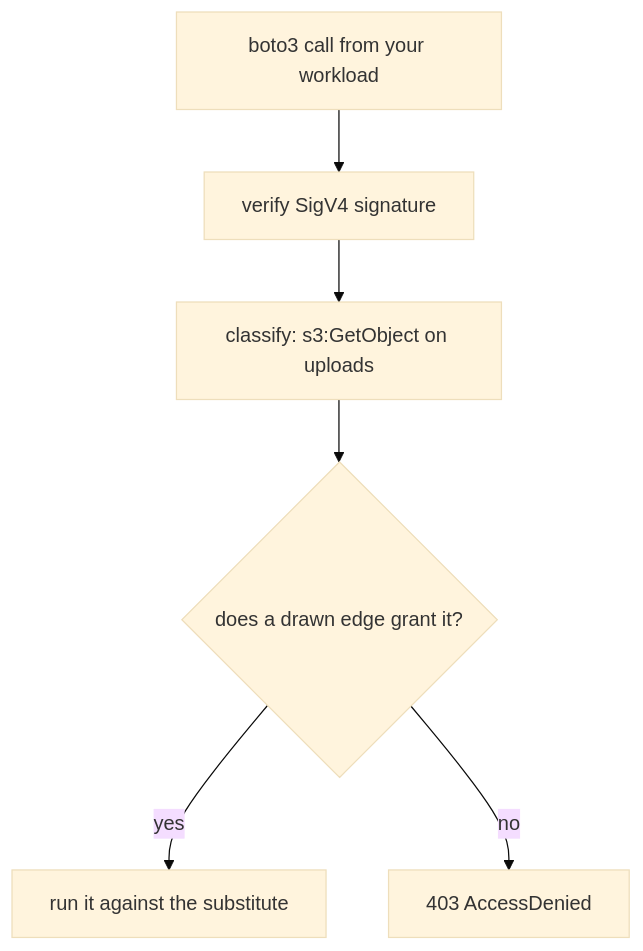
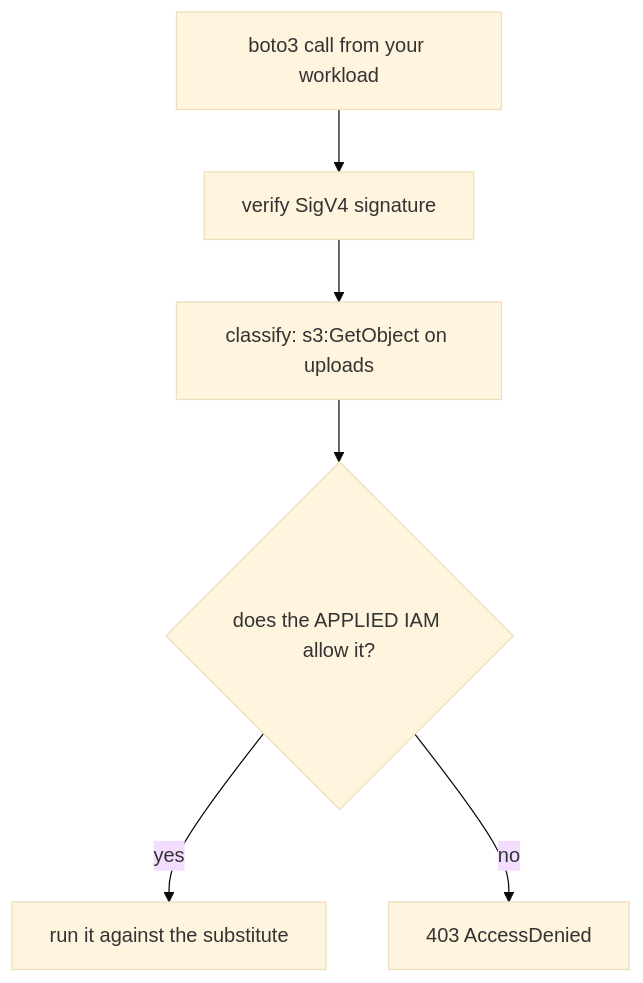
One commit to kessler-frost/odin changed the diagram in docs/diagrams/iam-enforcement.mmd. Above: the diagram before and after it, drawn with Mermaid (base theme). The commit also changed 14 other files, not shown here.

```diff
--- a/docs/diagrams/iam-enforcement.mmd
+++ b/docs/diagrams/iam-enforcement.mmd
@@ -1,6 +1,6 @@
 graph TD
   Call["boto3 call from your workload"] --> Sig["verify SigV4 signature"]
   Sig --> Class["classify: s3:GetObject on uploads"]
-  Class --> Check{"does a drawn edge grant it?"}
+  Class --> Check{"does the APPLIED IAM allow it?"}
   Check -->|yes| Do["run it against the substitute"]
   Check -->|no| Deny["403 AccessDenied"]
```
